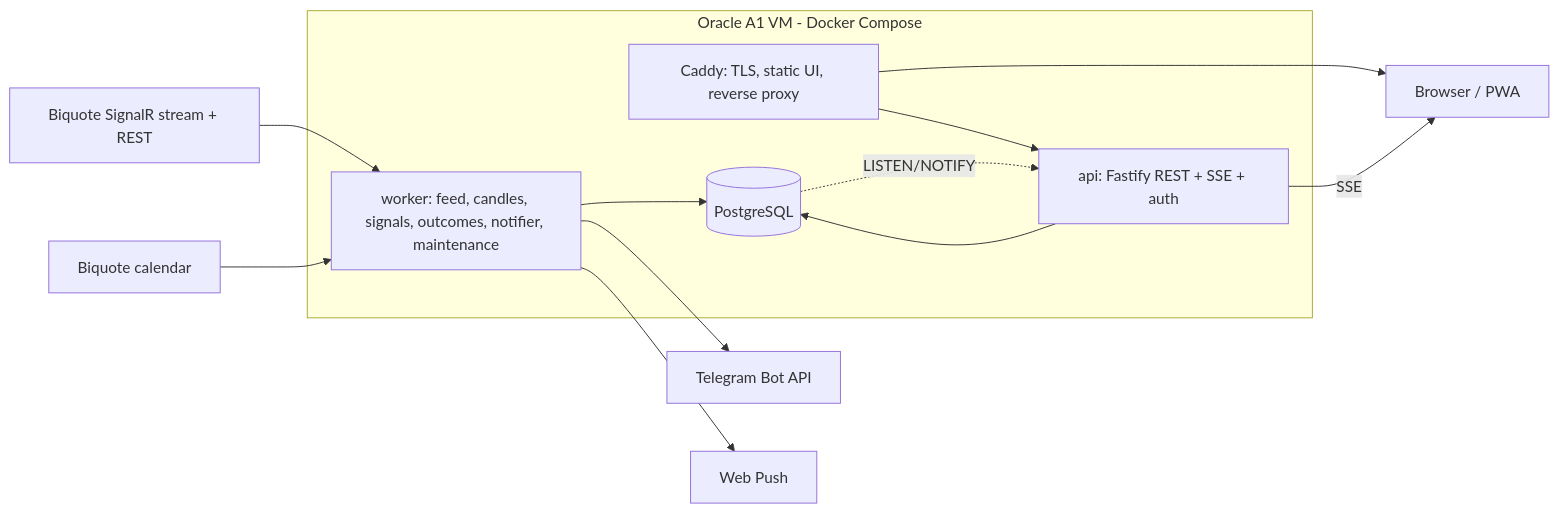
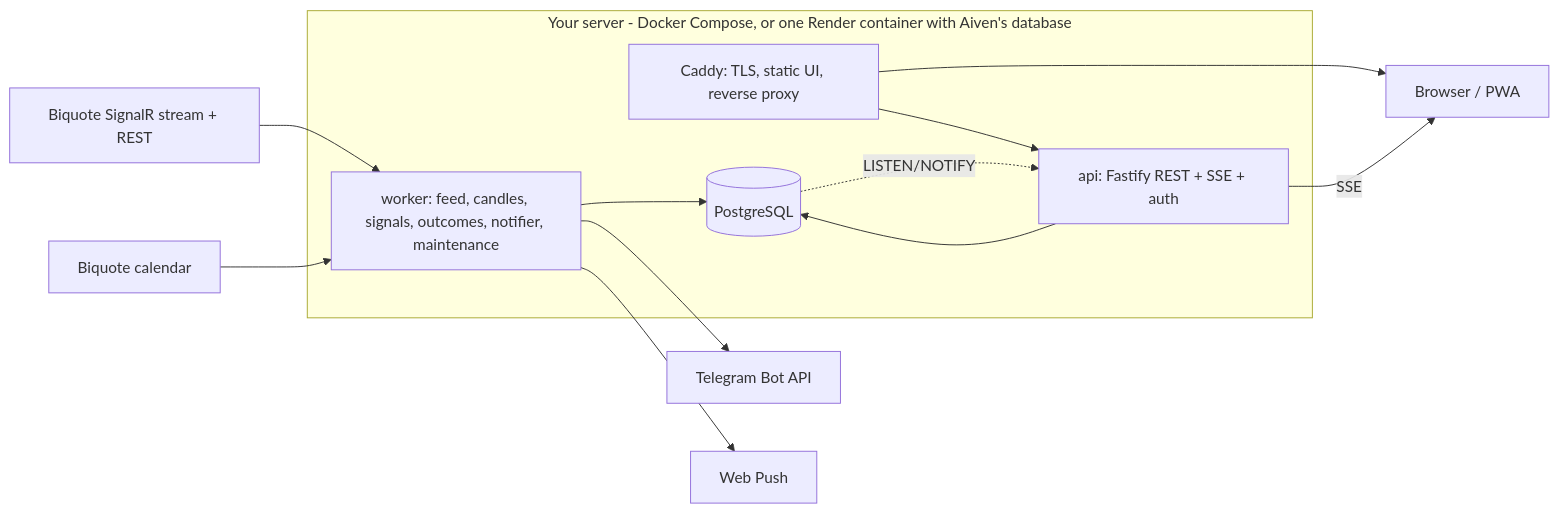
One commit to mvaibhav131/vm-gold-signal changed the diagram in docs/01_HLD.md. Above: the diagram before and after it, drawn with Mermaid. The commit also changed other lines of this file and 22 other files, not shown here.

First line of the commit message:
Clean up: remove the old hosting paths, one free-hosting guide for Aiven and Render

````diff
--- a/docs/01_HLD.md
+++ b/docs/01_HLD.md
@@ -47,17 +48,17 @@
 ```mermaid
 flowchart LR
   FEED[Biquote SignalR stream + REST] --> W
   CAL[Biquote calendar] --> W
-  subgraph VM[Oracle A1 VM - Docker Compose]
+  subgraph VM[Your server - Docker Compose, or one Render container with Aiven's database]
     CADDY[Caddy: TLS, static UI, reverse proxy] --> API[api: Fastify REST + SSE + auth]
     W[worker: feed, candles, signals, outcomes, notifier, maintenance]
     DB[(PostgreSQL)]
     API --> DB
     W --> DB
     DB -. LISTEN/NOTIFY .-> API
   end
   W --> TG[Telegram Bot API]
   W --> WP[Web Push]
   CADDY --> BROWSER[Browser / PWA]
   API -- SSE --> BROWSER
 ```
````
